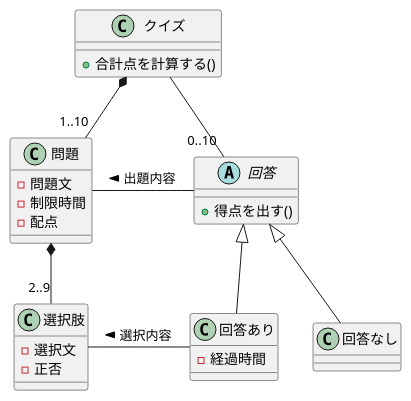
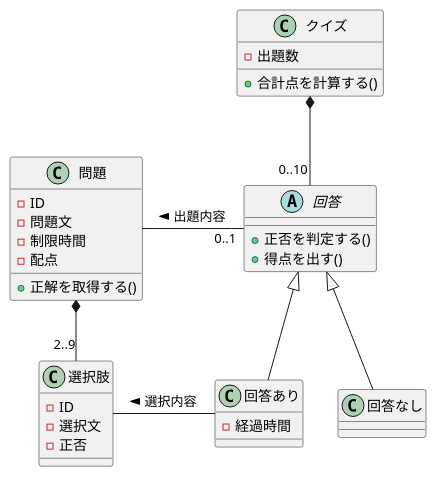
One commit to omo-nori/quiz changed the diagram in doc/class-diagram.puml. Above: the diagram before and after it, drawn with PlantUML. The commit also changed 3 other files, not shown here.

Commit message:
クラス図の変更、シーケンス図の追加

```diff
--- a/doc/class-diagram.puml
+++ b/doc/class-diagram.puml
@@ -1,39 +1,43 @@
 @startuml quiz
 
 class クイズ {
+    - 出題数
     + 合計点を計算する()
 }
 
 class 問題 {
+    - ID
     - 問題文
     - 制限時間
     - 配点
+    + 正解を取得する()
 }
 
 class 選択肢 {
+    - ID
     - 選択文
     - 正否
 }
 
 abstract 回答 {
+    + 正否を判定する()
     + 得点を出す()
 }
 
 class 回答あり {
     - 経過時間
 }
 
 class 回答なし {
 }
 
-クイズ *-- "1..10" 問題
 問題 *-- "2..9" 選択肢
-クイズ -- "0..10" 回答
-問題 - 回答: < 出題内容
+クイズ *-- "0..10" 回答
+問題 - "0..1" 回答: < 出題内容
 回答 <|-- 回答あり
 回答 <|-- 回答なし
 選択肢 - 回答あり: < 選択内容
 
 
 
 @enduml
```
